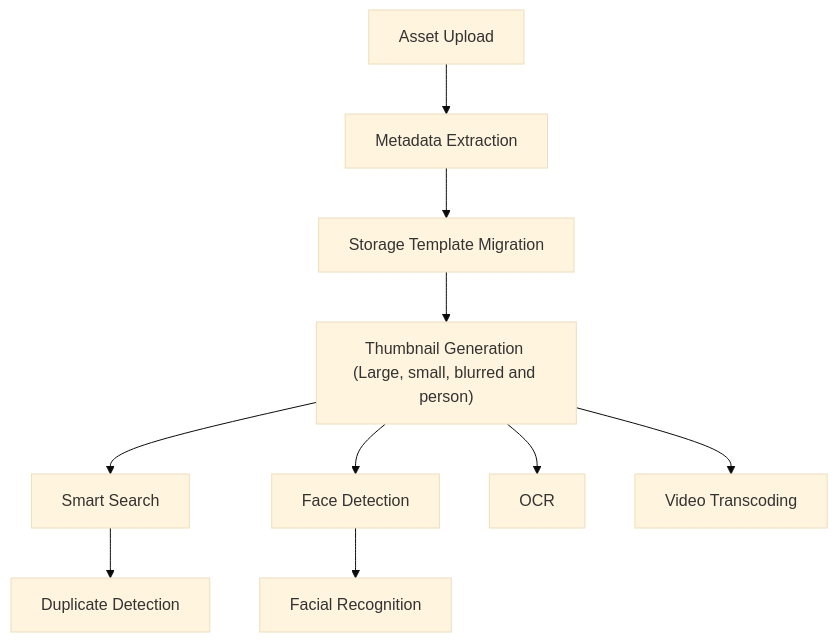
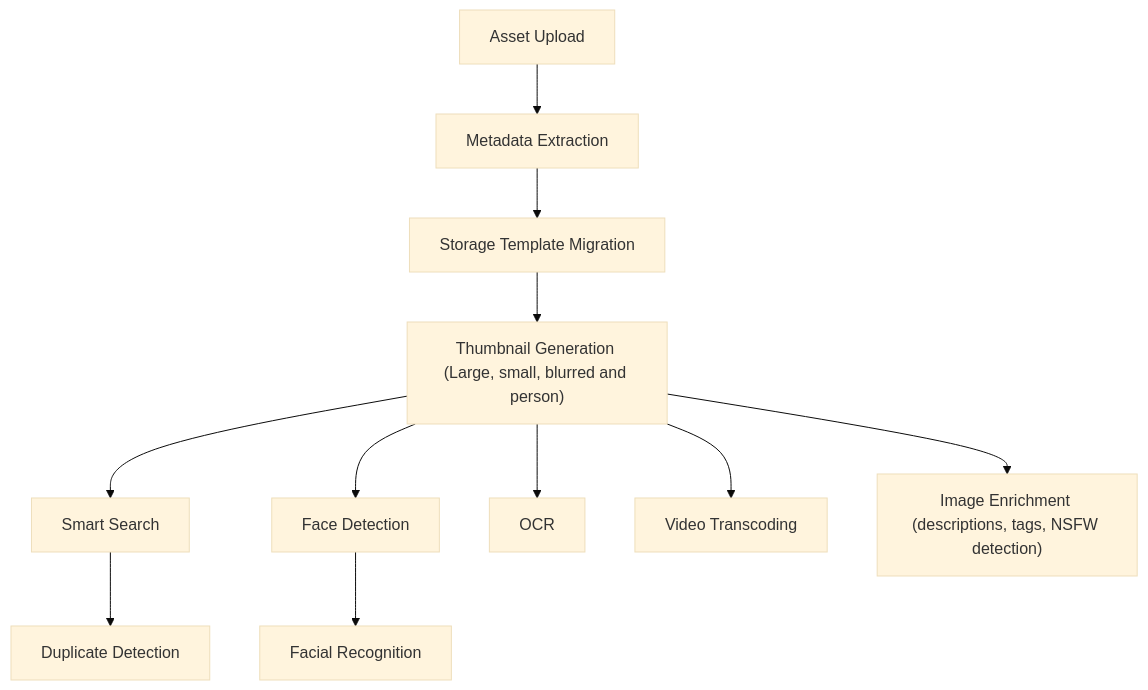
Before and after one commit to immich-app/immich: the diagram in docs/docs/administration/jobs-workers.md, drawn with Mermaid (base theme). The commit also changed other lines of this file and 4 other files, not shown here.

Commit message:
docs: add image enrichment admin guidance

````diff
--- a/docs/docs/administration/jobs-workers.md
+++ b/docs/docs/administration/jobs-workers.md
@@ -63,12 +63,13 @@
 ```mermaid
 graph TD
     A[Asset Upload] --> B[Metadata Extraction]
     B --> C[Storage Template Migration]
     C --> D["Thumbnail Generation (Large, small, blurred and person)"]
     D --> E[Smart Search]
     D --> F[Face Detection]
     D --> G[OCR]
     D --> H[Video Transcoding]
+    D --> K["Image Enrichment (descriptions, tags, NSFW detection)"]
     E --> I[Duplicate Detection]
     F --> J[Facial Recognition]
 ```
````
